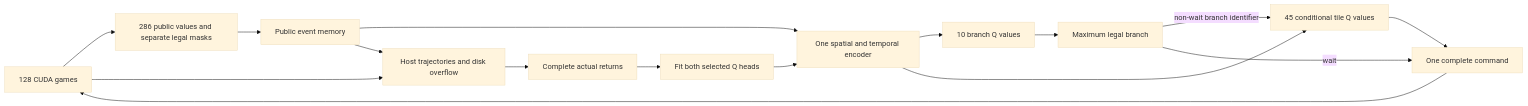
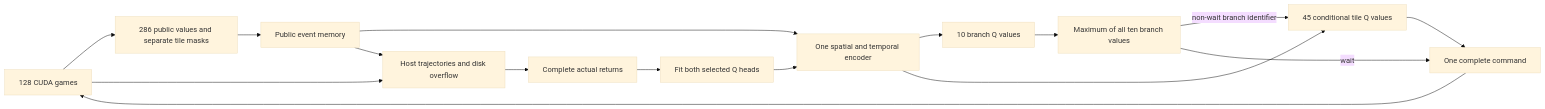
One commit to Comb1e/RL-Pvz changed the first of 2 diagrams in docs/architecture.md. Above: the diagram before and after it, drawn with Mermaid (base theme). The commit also changed other lines of this file and 44 other files, not shown here.

````diff
--- a/docs/architecture.md
+++ b/docs/architecture.md
@@ -9,18 +10,18 @@
 ```mermaid
 flowchart LR
-    Game[128 CUDA games] --> Public[286 public values and separate legal masks]
+    Game[128 CUDA games] --> Public[286 public values and separate tile masks]
     Public --> Memory[Public event memory]
     Memory --> Encoder[One spatial and temporal encoder]
     Encoder --> Branch[10 branch Q values]
-    Branch --> Select[Maximum legal branch]
+    Branch --> Select[Maximum of all ten branch values]
     Encoder --> Tile[45 conditional tile Q values]
     Select -->|non-wait branch identifier| Tile
     Select -->|wait| Command[One complete command]
     Tile --> Command
     Command --> Game
     Game --> Store[Host trajectories and disk overflow]
     Memory --> Store
     Store --> Returns[Complete actual returns]
     Returns --> Fit[Fit both selected Q heads]
     Fit --> Encoder
 ```
````
